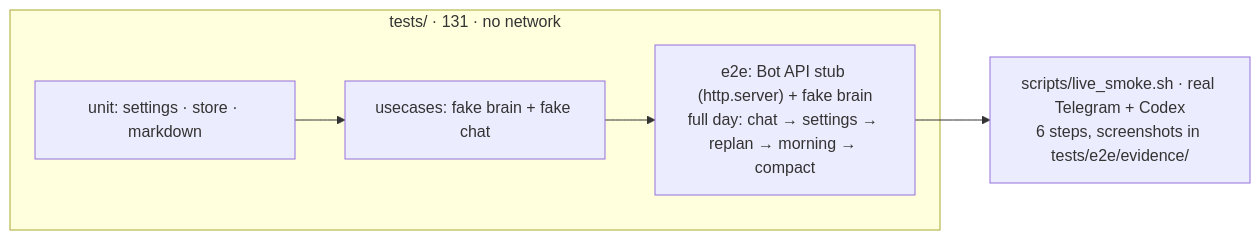
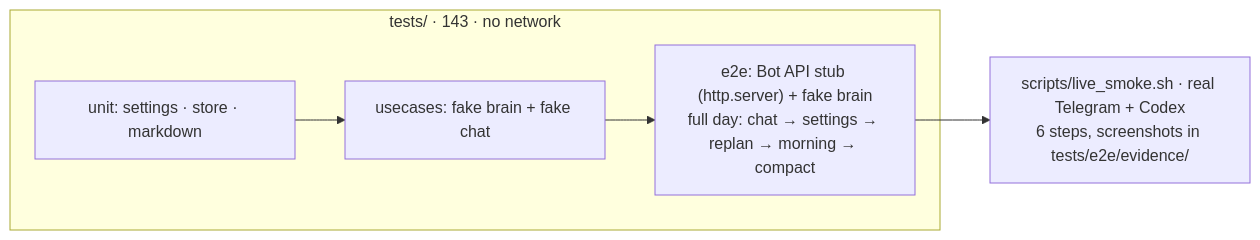
One commit to vovka/mentor-bot changed diagram 17 of 19 in docs/ARCHITECTURE.md. Above: the diagram before and after it, drawn with Mermaid. The commit also changed other lines of this file and 21 other files, not shown here.

````diff
--- a/docs/ARCHITECTURE.md
+++ b/docs/ARCHITECTURE.md
@@ -408,8 +424,8 @@
 ```mermaid
 flowchart LR
-  subgraph "tests/ · 131 · no network"
+  subgraph "tests/ · 143 · no network"
     U[unit: settings · store · markdown] --> UC[usecases: fake brain + fake chat]
     UC --> E2E["e2e: Bot API stub (http.server) + fake brain<br/>full day: chat → settings → replan → morning → compact"]
   end
   E2E --> LIVE["scripts/live_smoke.sh · real Telegram + Codex<br/>6 steps, screenshots in tests/e2e/evidence/"]
 ```
````
